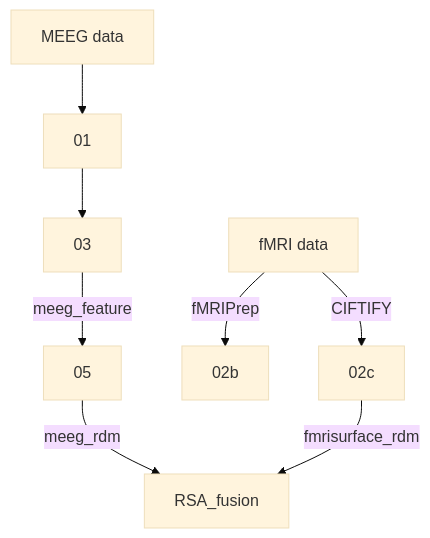
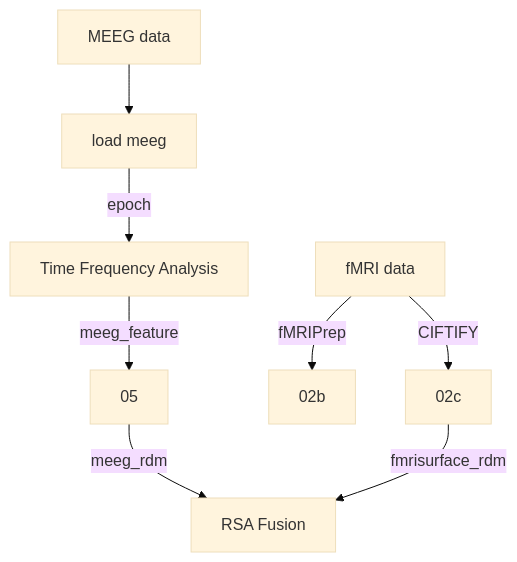
Before and after one commit to AKGG0328/S.O.P.H.I.A.---Spatiotemporal-Optimization-Package-for-Heterogeneous-Imaging-Alignment: the diagram in README.md, drawn with Mermaid (base theme).

````diff
--- a/README.md
+++ b/README.md
@@ -40,10 +40,10 @@
 ```mermaid
 flowchart TD
- A[MEEG data]--> C[01] --> F[03] --meeg_feature--> G[05]--meeg_rdm-->H[RSA_fusion]
+ A[MEEG data]--> C[load meeg] --epoch--> F[Time Frequency Analysis] --meeg_feature--> G[05]--meeg_rdm-->H[RSA_fusion]
  B[fMRI data]--fMRIPrep--> D[02b]
  B--CIFTIFY--> E[02c]
- E--fmrisurface_rdm-->H[RSA_fusion]
+ E--fmrisurface_rdm-->H[RSA Fusion]
 
 
 
 ```
````
